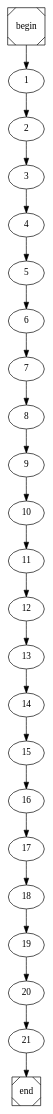
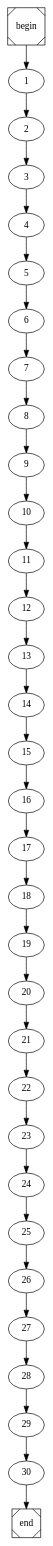
Before and after one commit to arubenruben/JMM-Compiler: the diagram in main.dot, drawn with Graphviz. The commit also changed 5 other files, not shown here.

```diff
--- a/main.dot
+++ b/main.dot
@@ -1,4 +1,4 @@
 digraph cfg {
 	begin [shape=Msquare];
 	end [shape=Msquare];
-	begin -> 1;	1 -> 2;	2 -> 3;	3 -> 4;	4 -> 5;	5 -> 6;	6 -> 7;	7 -> 8;	8 -> 9;	9 -> 10;	10 -> 11;	11 -> 12;	12 -> 13;	13 -> 14;	14 -> 15;	15 -> 16;	16 -> 17;	17 -> 18;	18 -> 19;	19 -> 20;	20 -> 21;	21 -> end;}
+	begin -> 1;	1 -> 2;	2 -> 3;	3 -> 4;	4 -> 5;	5 -> 6;	6 -> 7;	7 -> 8;	8 -> 9;	9 -> 10;	10 -> 11;	11 -> 12;	12 -> 13;	13 -> 14;	14 -> 15;	15 -> 16;	16 -> 17;	17 -> 18;	18 -> 19;	19 -> 20;	20 -> 21;	21 -> 22;	22 -> 23;	23 -> 24;	24 -> 25;	25 -> 26;	26 -> 27;	27 -> 28;	28 -> 29;	29 -> 30;	30 -> end;}
```
